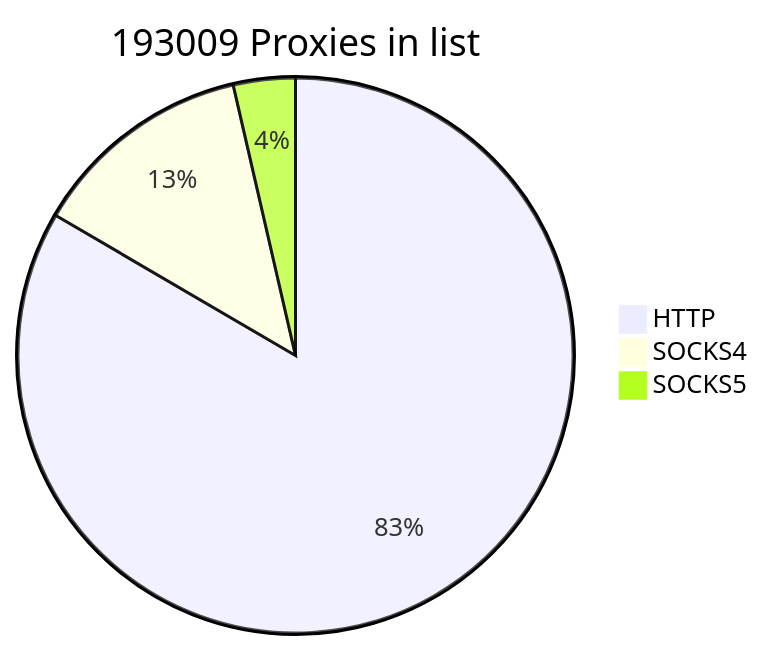
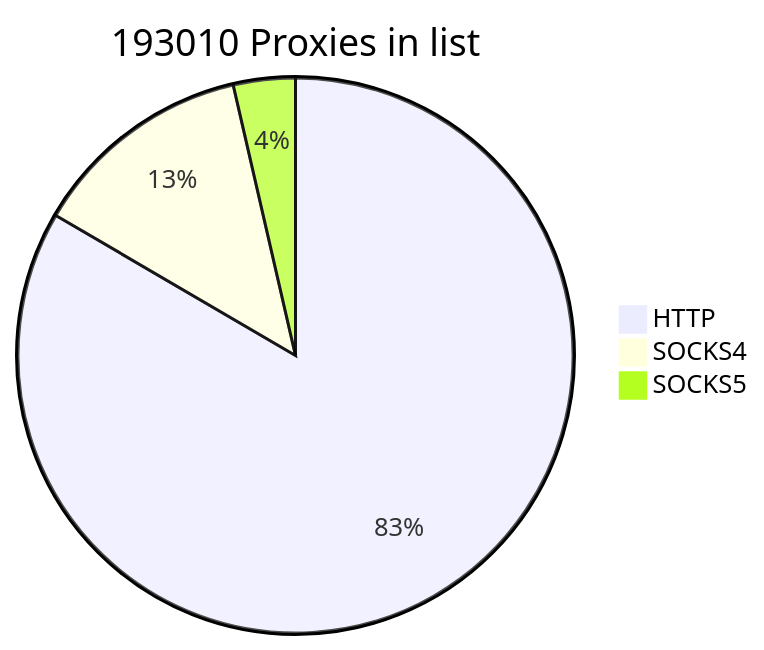
One commit to cutipu/proxylist changed the first of 2 diagrams in README.md. Above: the diagram before and after it, drawn with Mermaid. The commit also changed other lines of this file, not shown here.

````diff
--- a/README.md
+++ b/README.md
@@ -2,7 +2,7 @@
 ```mermaid
-pie title 193009 Proxies in list
-    "HTTP" : 161008
-    "SOCKS4" : 25048
-    "SOCKS5" : 6953
+pie title 193010 Proxies in list
+    "HTTP" : 161007
+    "SOCKS4" : 25052
+    "SOCKS5" : 6951
             
 ```
````
